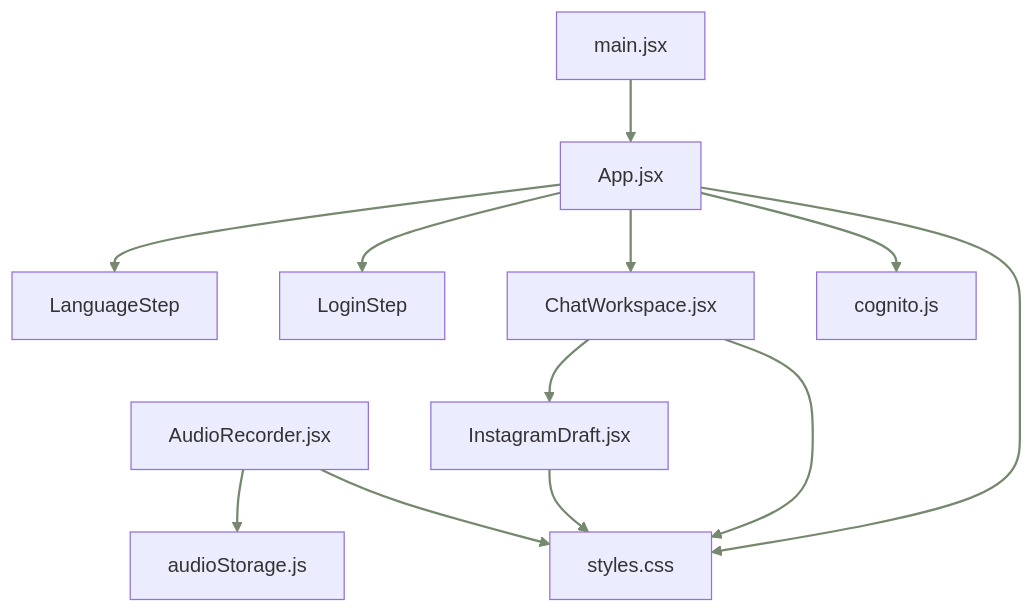
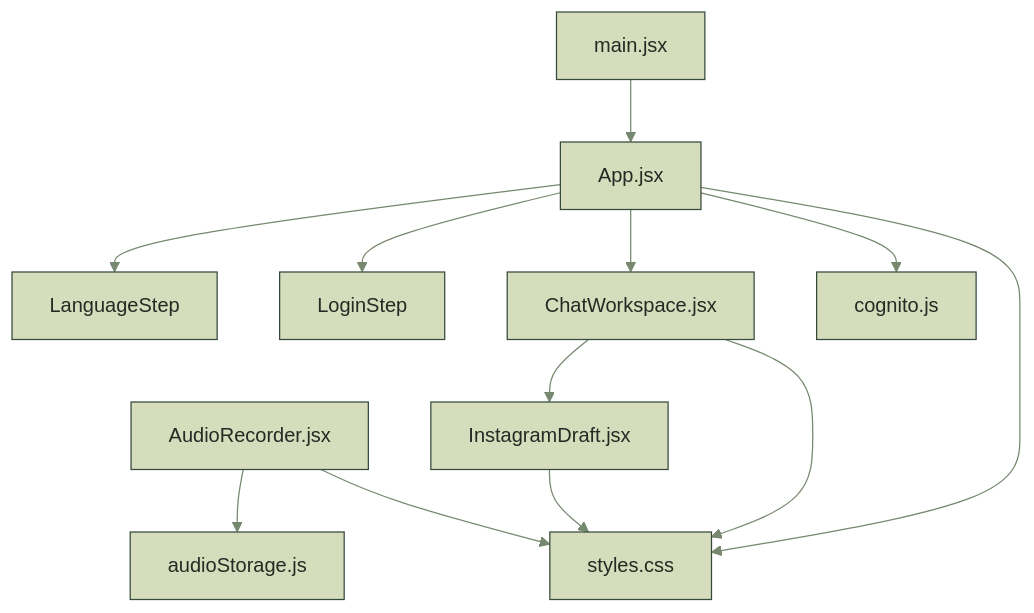
The fourth of 15 diagrams in README.md (SwekcchaCornicle/apnasathi-ai), drawn with Mermaid before and after one commit. The commit also changed other lines of this file and 2 other files, not shown here.

````diff
--- a/README.md
+++ b/README.md
@@ -382,37 +344,25 @@
 ```mermaid
+  %%{init: {"theme":"base","themeVariables":{"primaryColor":"#D5DDBD","primaryTextColor":"#252A23","primaryBorderColor":"#354A3B","lineColor":"#76886F","secondaryColor":"#EDF0E6","tertiaryColor":"#F2E4D2","background":"#FBFAF7","fontFamily":"Inter, Arial"}}}%%
 flowchart TB
-  classDef forest fill:#354a3b,stroke:#354a3b,color:#fbfaf7,stroke-width:2px;
-  classDef green fill:#405a46,stroke:#354a3b,color:#fbfaf7,stroke-width:1.8px;
-  classDef sage fill:#d5ddbd,stroke:#76886f,color:#252a23,stroke-width:1.5px;
-  classDef pale fill:#edf0e6,stroke:#647a63,color:#252a23,stroke-width:1.5px;
-  classDef sand fill:#f2e4d2,stroke:#d5a874,color:#252a23,stroke-width:1.5px;
-  classDef paper fill:#fbfaf7,stroke:#9a9a8f,color:#252a23,stroke-width:1.3px;
-  classDef external fill:#f2f1ed,stroke:#b5b4a9,color:#252a23,stroke-width:1.3px;
-  linkStyle default stroke:#76886f,stroke-width:1.8px;
-  class LANG forest;
-  class MAIN sage;
-  class REC,AUDIO pale;
-  class COG sand;
-  class APP,LOGIN,CHAT,DRAFT,CSS paper;
     MAIN[main.jsx]
     APP[App.jsx]
     LANG[LanguageStep]
     LOGIN[LoginStep]
     CHAT[ChatWorkspace.jsx]
     REC[AudioRecorder.jsx]
     DRAFT[InstagramDraft.jsx]
     AUDIO[audioStorage.js]
     COG[cognito.js]
     CSS[styles.css]
     MAIN --> APP
     APP --> LANG
     APP --> LOGIN
     APP --> CHAT
     APP --> COG
     CHAT --> DRAFT
     REC --> AUDIO
     APP --> CSS
     CHAT --> CSS
     REC --> CSS
     DRAFT --> CSS
 ```
````
